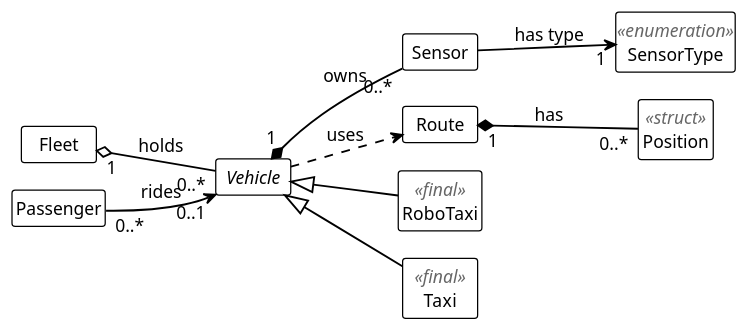
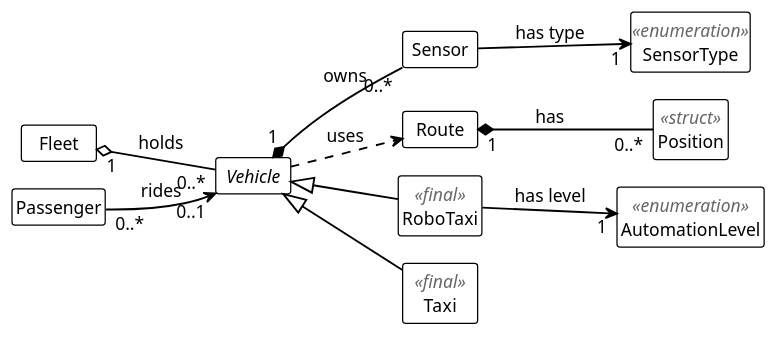
Before and after one commit to zeidk/enpm702-fall-2026-cpp: the diagram in project/week9/uml/model_full.plantuml, drawn with PlantUML. The commit also changed 33 other files, not shown here.

First line of the commit message:
week9: assign_driver, change_zone, AutomationLevel, step comments, new slide numbers

```diff
--- a/project/week9/uml/model_full.plantuml
+++ b/project/week9/uml/model_full.plantuml
@@ -1,91 +1,102 @@
 @startuml model_full
 ' Generated for the slides.
 !theme mono
 skinparam backgroundColor white
 skinparam defaultFontName "Fira Sans"
 skinparam defaultFontSize 14
 skinparam shadowing false
 skinparam classAttributeIconSize 0
 skinparam nodesep 22
 skinparam ranksep 50
 skinparam ArrowThickness 1.5
 hide circle
 hide members
 skinparam minClassWidth 60
 skinparam classStereotypeFontSize 14
 left to right direction
 
 class Fleet {
   - vehicles_ : vector<shared_ptr<Vehicle>>
   + add(shared_ptr<Vehicle>) : void
   + remove(int) : bool
   + size() : size_t
 }
 class Passenger {
   - name_ : string
   - ride_ : weak_ptr<Vehicle>
   + board(shared_ptr<Vehicle>) : void
   + leave() : void
 }
 abstract class Vehicle {
   - id_ : int
   - {static} next_id_ : int
   - max_speed_ : double
   - speed_ : double
   - color_ : string
   - mileage_ : double
   - sensors_ : vector<unique_ptr<Sensor>>
   + Vehicle(double)
   + get_id() : int
   + get_color() : const string&
   + get_max_speed() : double
   + get_speed() : double
   + set_speed(double) : void
   + get_mileage() : double
   + add_mileage(double) : void
   + add_sensor(SensorType, double) : int
   + sensor_count() : size_t
   + get_sensors() : const vector<unique_ptr<Sensor>>&
   + {abstract} drive(const Route&) : void
   # log_event(const string&) : void
 }
 class Sensor {
   - id_ : int
   - type_ : SensorType
   - range_ : double
   + Sensor(int, SensorType, double)
   + get_id() : int
   + get_type() : SensorType
   + get_range() : double
 }
 enum SensorType <<enumeration>> {
   lidar
   camera
   radar
 }
 class Route {
   - waypoints_ : vector<Position>
   + add(Position) : void
   + length() : double
 }
 class Position <<struct>> {
   + x : double
   + y : double
 }
 class RoboTaxi <<final>> {
+  - operating_zone_ : string
+  - automation_level_ : AutomationLevel
   + drive(const Route&) : void
 }
 class Taxi <<final>> {
   - driver_name_ : string
   + drive(const Route&) : void
+}
+enum AutomationLevel <<enumeration>> {
+  level_0
+  level_1
+  level_2
+  level_3
+  level_4
+  level_5
 }
 
 Fleet "1" o-- "0..*" Vehicle : holds
 Passenger "0..*" --> "0..1" Vehicle : rides
 Vehicle "1" *-- "0..*" Sensor : owns
 Vehicle ..> Route : uses
 Route "1" *-- "0..*" Position : has
 Sensor --> "1" SensorType : has type
 Vehicle <|-- RoboTaxi
 Vehicle <|-- Taxi
+RoboTaxi --> "1" AutomationLevel : has level
 @enduml
```
